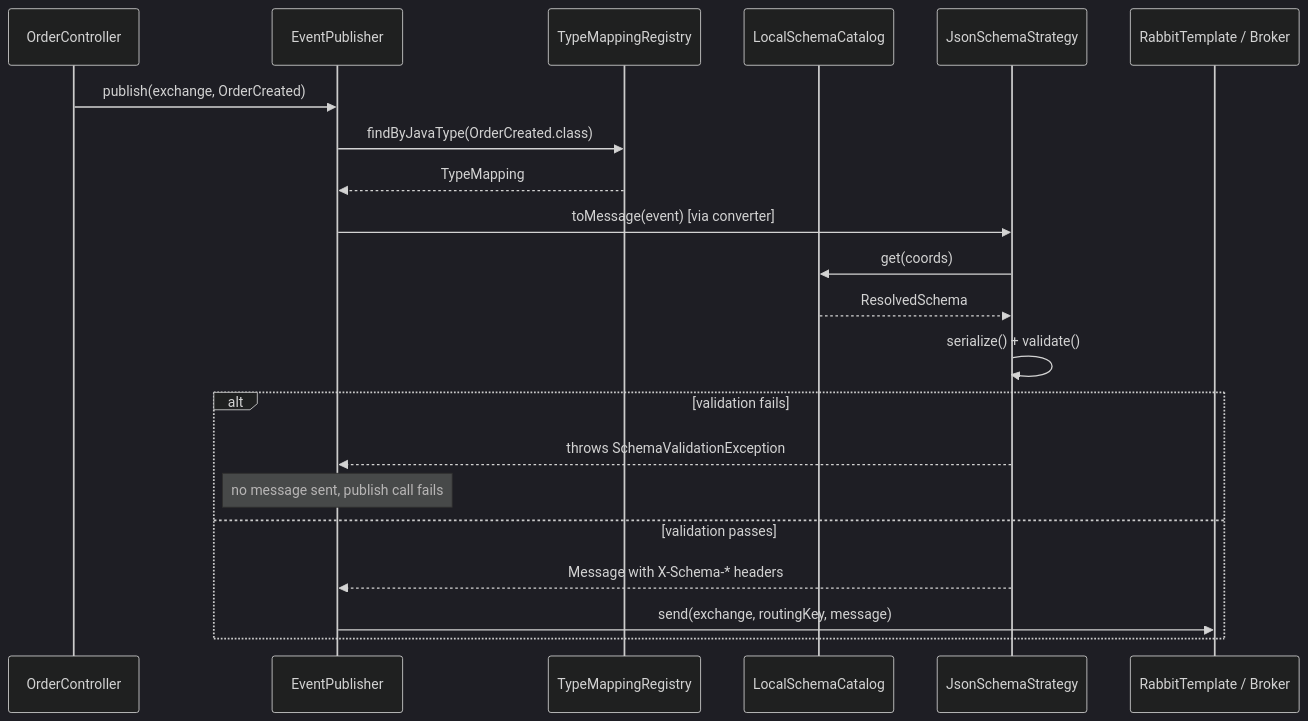
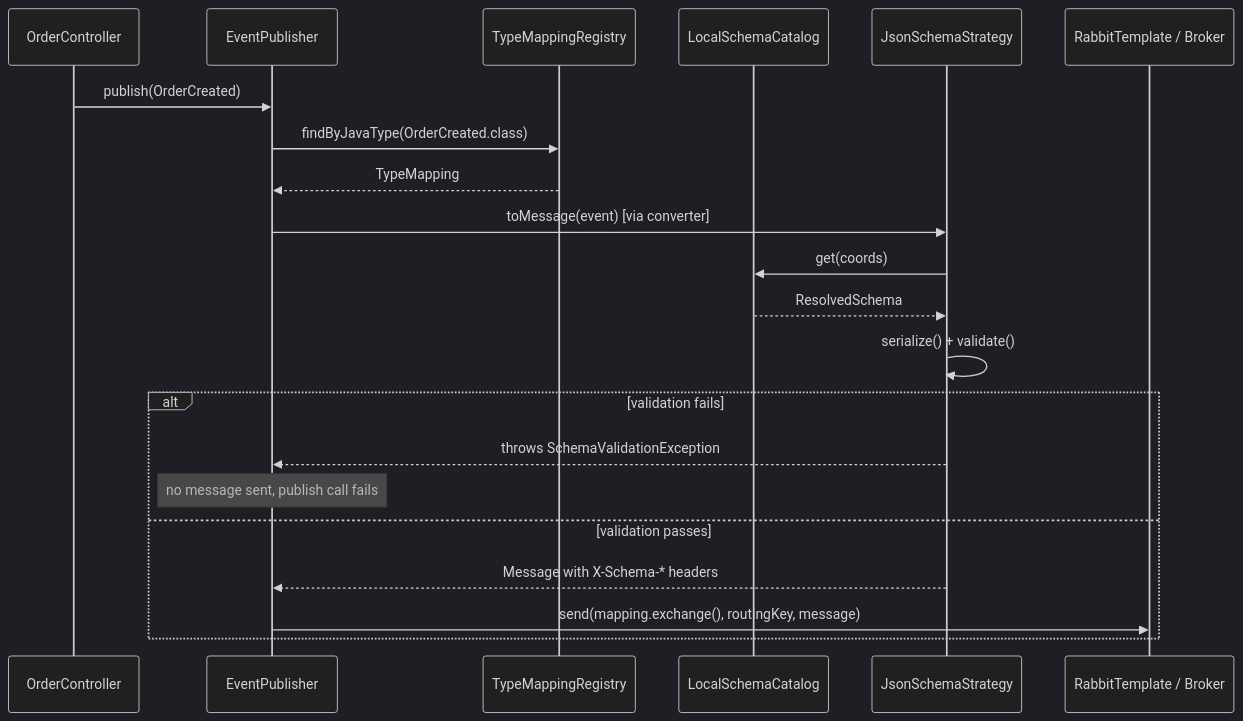
Before and after one commit to anarefin/schema-registry-demo: the second of 4 diagrams in docs/TUTORIAL.md, drawn with Mermaid (dark theme). The commit also changed other lines of this file and 10 other files, not shown here.

First line of the commit message:
feat(schema-registry): update documentation for new OrderFulfilled event and schema integration

````diff
--- a/docs/TUTORIAL.md
+++ b/docs/TUTORIAL.md
@@ -266,24 +272,24 @@
 ```mermaid
 sequenceDiagram
     participant C as OrderController
     participant P as EventPublisher
     participant TM as TypeMappingRegistry
     participant Cat as LocalSchemaCatalog
     participant JS as JsonSchemaStrategy
     participant RT as RabbitTemplate / Broker
 
-    C->>P: publish(exchange, OrderCreated)
+    C->>P: publish(OrderCreated)
     P->>TM: findByJavaType(OrderCreated.class)
     TM-->>P: TypeMapping
     P->>JS: toMessage(event) [via converter]
     JS->>Cat: get(coords)
     Cat-->>JS: ResolvedSchema
     JS->>JS: serialize() + validate()
     alt validation fails
         JS-->>P: throws SchemaValidationException
         Note over P: no message sent, publish call fails
     else validation passes
         JS-->>P: Message with X-Schema-* headers
-        P->>RT: send(exchange, routingKey, message)
+        P->>RT: send(mapping.exchange(), routingKey, message)
     end
 ```
````
